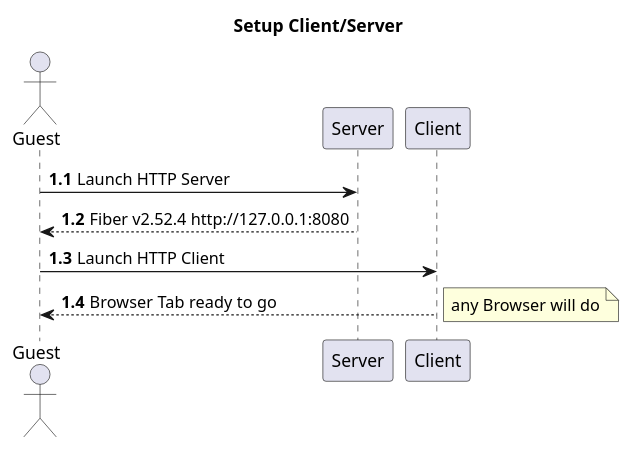
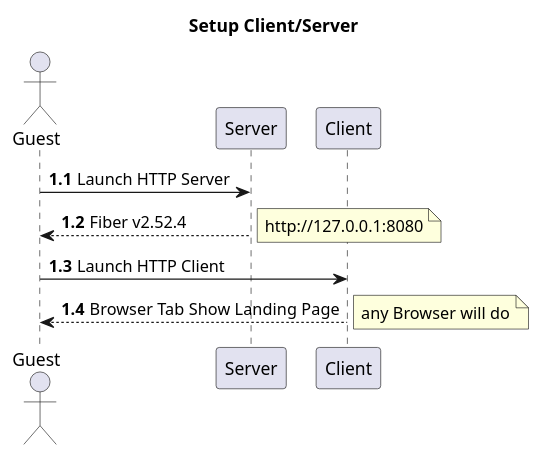
One commit to RodrigoMattosoSilveira/html_htmx-modal_dialogs changed the diagram in uml/sequenceDiagrams/SetupDemo.puml. Above: the diagram before and after it, drawn with PlantUML. The commit also changed 10 other files, not shown here.

```diff
--- a/uml/sequenceDiagrams/SetupDemo.puml
+++ b/uml/sequenceDiagrams/SetupDemo.puml
@@ -1,12 +1,15 @@
 @startuml Setup Client/Server
 title Setup Client/Server
 actor Guest
 autonumber 1.1
 Guest -> Server: Launch HTTP Server
-Server --> Guest: Fiber v2.52.4 http://127.0.0.1:8080
+Server --> Guest: Fiber v2.52.4 
+note right
+ http://127.0.0.1:8080
+end note
 Guest -> Client: Launch HTTP Client
-Client --> Guest: Browser Tab ready to go
+Client --> Guest: Browser Tab Show Landing Page
 note right
  any Browser will do
 end note
 @enduml
```
